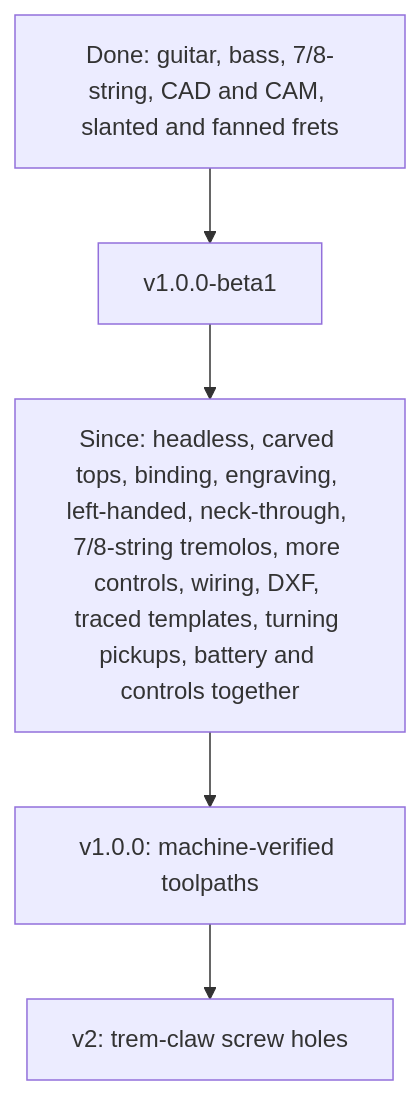
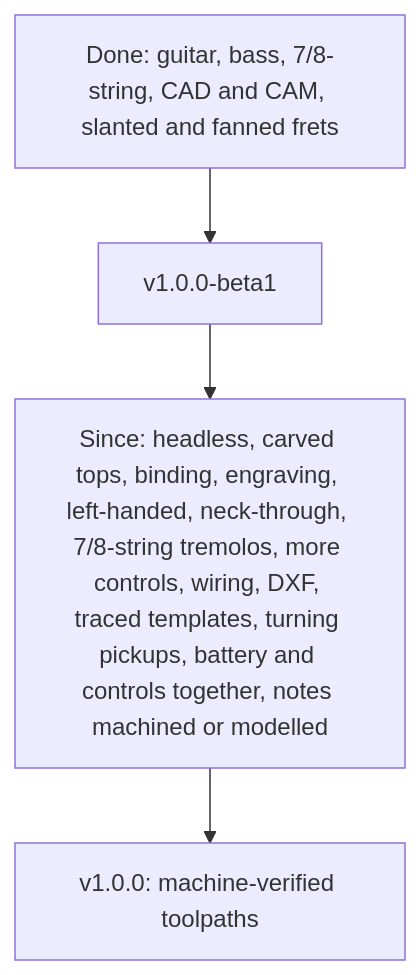
The diagram in ROADMAP.md (jolappi/CNCguitarwizard), drawn with Mermaid before and after one commit. The commit also changed other lines of this file and 20 other files, not shown here.

````diff
--- a/ROADMAP.md
+++ b/ROADMAP.md
@@ -91,7 +88,6 @@
 ```mermaid
 flowchart TD
     Done["Done: guitar, bass, 7/8-string, CAD and CAM, slanted and fanned frets"] --> Beta["v1.0.0-beta1"]
-    Beta --> More["Since: headless, carved tops, binding, engraving, left-handed, neck-through, 7/8-string tremolos, more controls, wiring, DXF, traced templates, turning pickups, battery and controls together"]
+    Beta --> More["Since: headless, carved tops, binding, engraving, left-handed, neck-through, 7/8-string tremolos, more controls, wiring, DXF, traced templates, turning pickups, battery and controls together, notes machined or modelled"]
     More --> V1["v1.0.0: machine-verified toolpaths"]
-    V1 --> V2["v2: trem-claw screw holes"]
 ```
````
